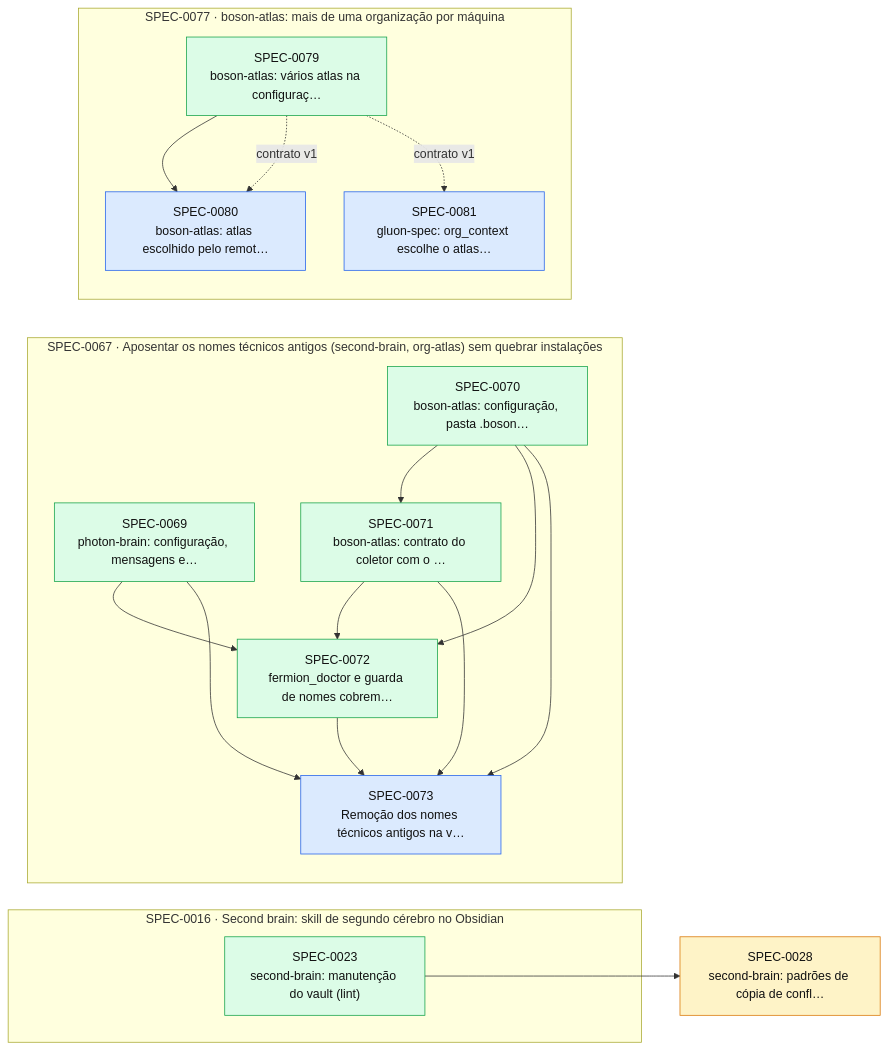
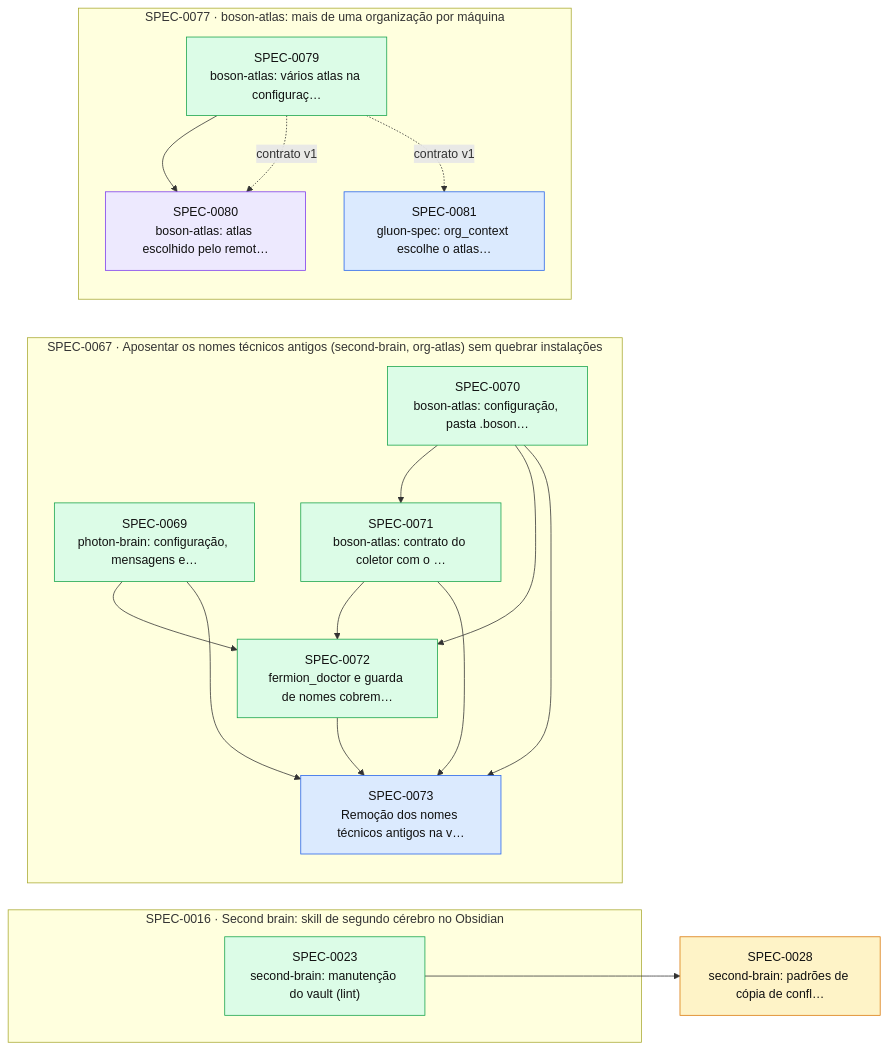
The diagram in docs/specs/INDEX.md (thomasravache/ai-dev-brain), drawn with Mermaid before and after one commit. The commit also changed other lines of this file and 1 other file, not shown here.

First line of the commit message:
docs(specs): planeja a SPEC-0080

````diff
--- a/docs/specs/INDEX.md
+++ b/docs/specs/INDEX.md
@@ -62,36 +62,36 @@
 ```mermaid
 flowchart LR
   S0028["SPEC-0028<br/>second-brain: padrões de cópia de confl…"]:::proposed
   subgraph E0016["SPEC-0016 · Second brain: skill de segundo cérebro no Obsidian"]
     S0023["SPEC-0023<br/>second-brain: manutenção do vault (lint)"]:::implemented
   end
   subgraph E0067["SPEC-0067 · Aposentar os nomes técnicos antigos (second-brain, org-atlas) sem quebrar instalações"]
     S0069["SPEC-0069<br/>photon-brain: configuração, mensagens e…"]:::implemented
     S0070["SPEC-0070<br/>boson-atlas: configuração, pasta .boson…"]:::implemented
     S0071["SPEC-0071<br/>boson-atlas: contrato do coletor com o …"]:::implemented
     S0072["SPEC-0072<br/>fermion_doctor e guarda de nomes cobrem…"]:::implemented
     S0073["SPEC-0073<br/>Remoção dos nomes técnicos antigos na v…"]:::approved
   end
   subgraph E0077["SPEC-0077 · boson-atlas: mais de uma organização por máquina"]
     S0079["SPEC-0079<br/>boson-atlas: vários atlas na configuraç…"]:::implemented
-    S0080["SPEC-0080<br/>boson-atlas: atlas escolhido pelo remot…"]:::approved
+    S0080["SPEC-0080<br/>boson-atlas: atlas escolhido pelo remot…"]:::inprogress
     S0081["SPEC-0081<br/>gluon-spec: org_context escolhe o atlas…"]:::approved
   end
   S0023 --> S0028
   S0070 --> S0071
   S0069 --> S0072
   S0070 --> S0072
   S0071 --> S0072
   S0069 --> S0073
   S0070 --> S0073
   S0071 --> S0073
   S0072 --> S0073
   S0079 --> S0080
   S0079 -. contrato v1 .-> S0080
   S0079 -. contrato v1 .-> S0081
   classDef proposed fill:#fef3c7,stroke:#d97706,color:#111
   classDef approved fill:#dbeafe,stroke:#2563eb,color:#111
   classDef inprogress fill:#ede9fe,stroke:#7c3aed,color:#111
   classDef implemented fill:#dcfce7,stroke:#16a34a,color:#111
   classDef deprecated fill:#f3f4f6,stroke:#9ca3af,color:#6b7280
 ```
````
